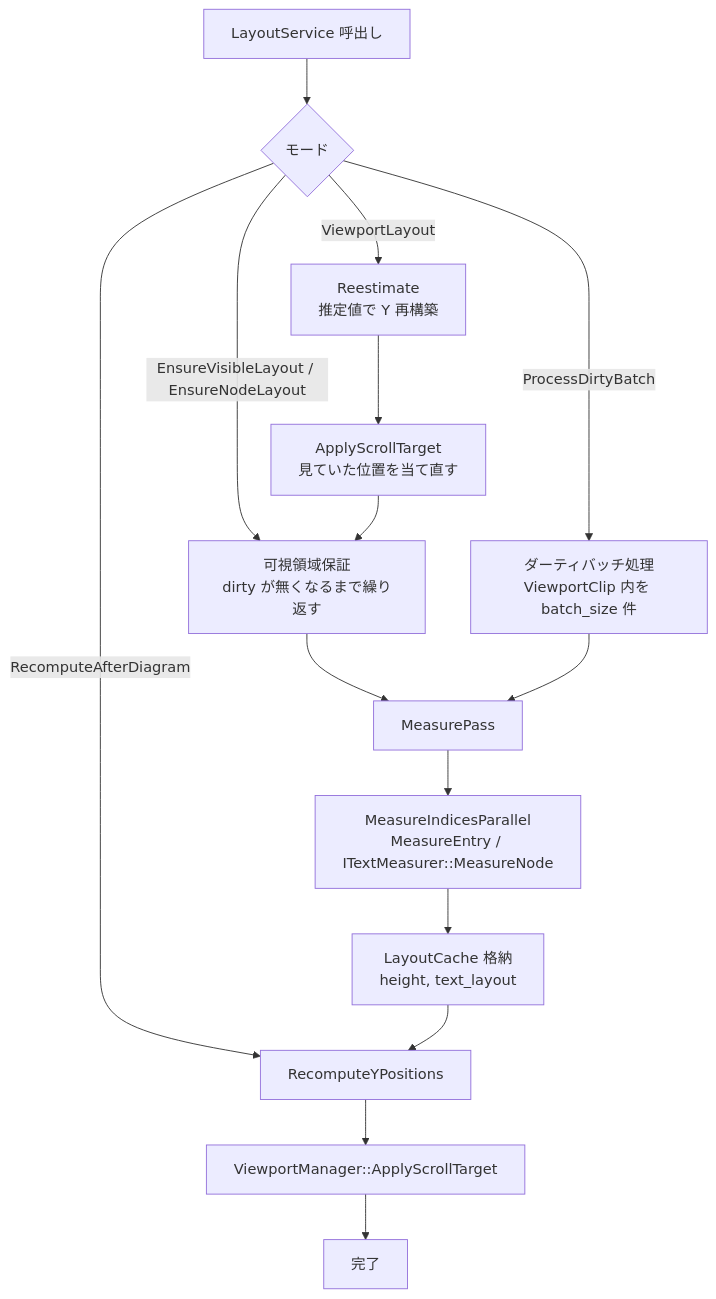
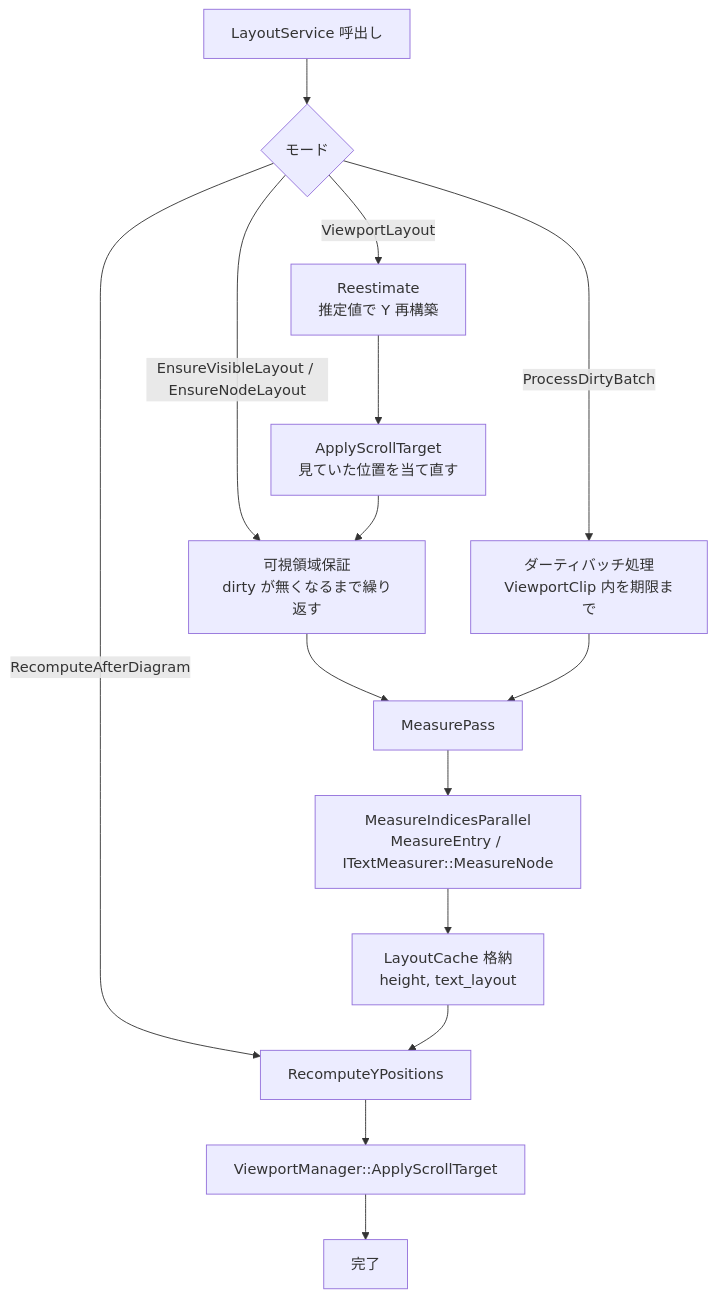
The seventh of 27 diagrams in example/test.md (tanaton/mendo), drawn with Mermaid before and after one commit. The commit also changed other lines of this file and 44 other files, not shown here.

````diff
--- a/example/test.md
+++ b/example/test.md
@@ -1034,19 +1036,19 @@
 ```mermaid
 flowchart TB
     START[LayoutService 呼出し] --> MODE{モード}
     MODE -->|ViewportLayout| REEST[Reestimate<br>推定値で Y 再構築]
     MODE -->|EnsureVisibleLayout / EnsureNodeLayout| ENSURE[可視領域保証<br>dirty が無くなるまで繰り返す]
-    MODE -->|ProcessDirtyBatch| BATCH[ダーティバッチ処理<br>ViewportClip 内を batch_size 件]
+    MODE -->|ProcessDirtyBatch| BATCH[ダーティバッチ処理<br>ViewportClip 内を期限まで]
     MODE -->|RecomputeAfterDiagram| YPOS
 
     REEST --> TARGET[ApplyScrollTarget<br>見ていた位置を当て直す]
     TARGET --> ENSURE
     ENSURE --> PASS[MeasurePass]
     BATCH --> PASS
     PASS --> MEASURE[MeasureIndicesParallel<br>MeasureEntry / ITextMeasurer::MeasureNode]
 
     MEASURE --> CACHE[LayoutCache 格納<br>height, text_layout]
     CACHE --> YPOS[RecomputeYPositions]
     YPOS --> APPLY[ViewportManager::ApplyScrollTarget]
     APPLY --> DONE[完了]
 ```
````
